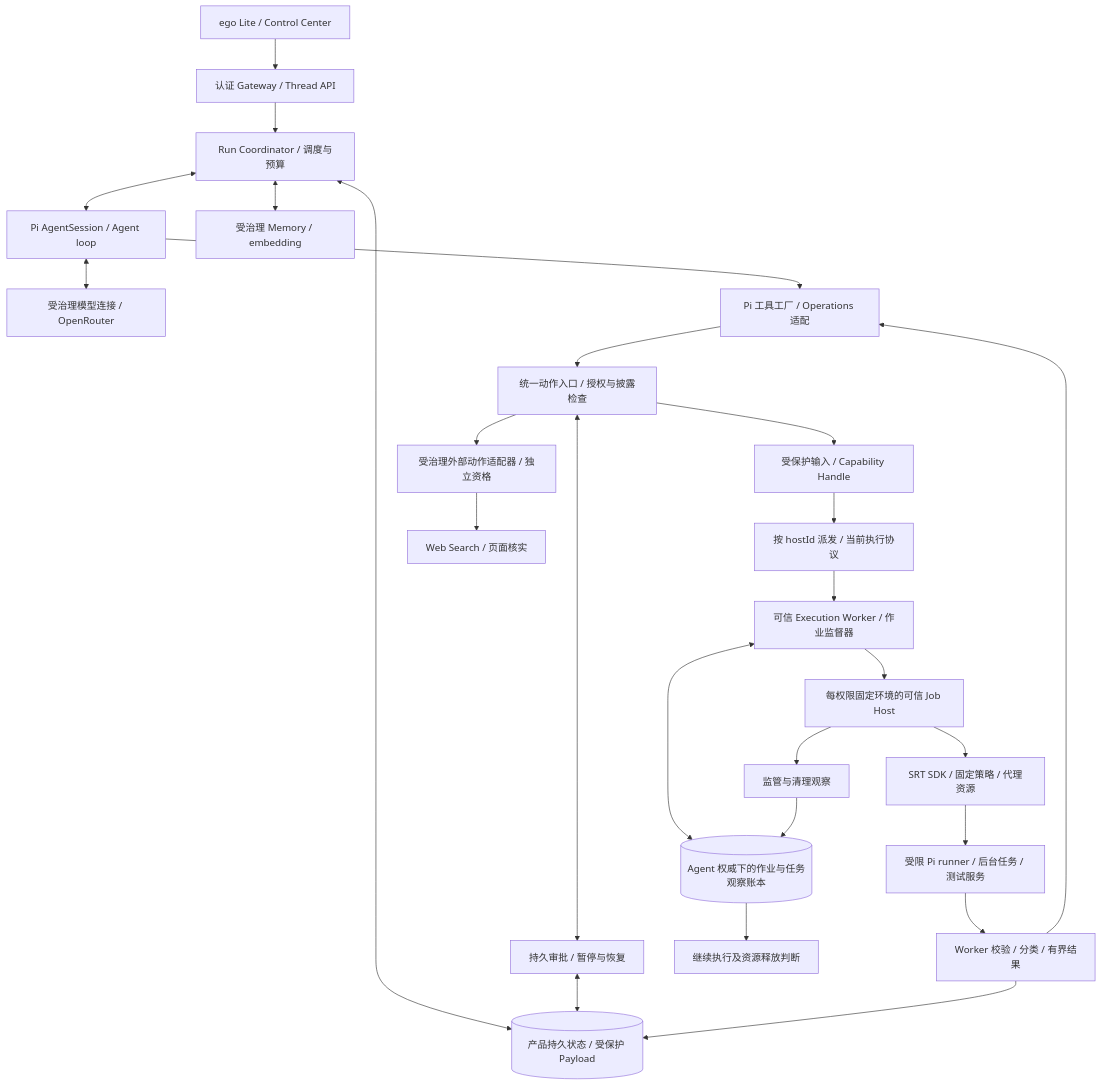
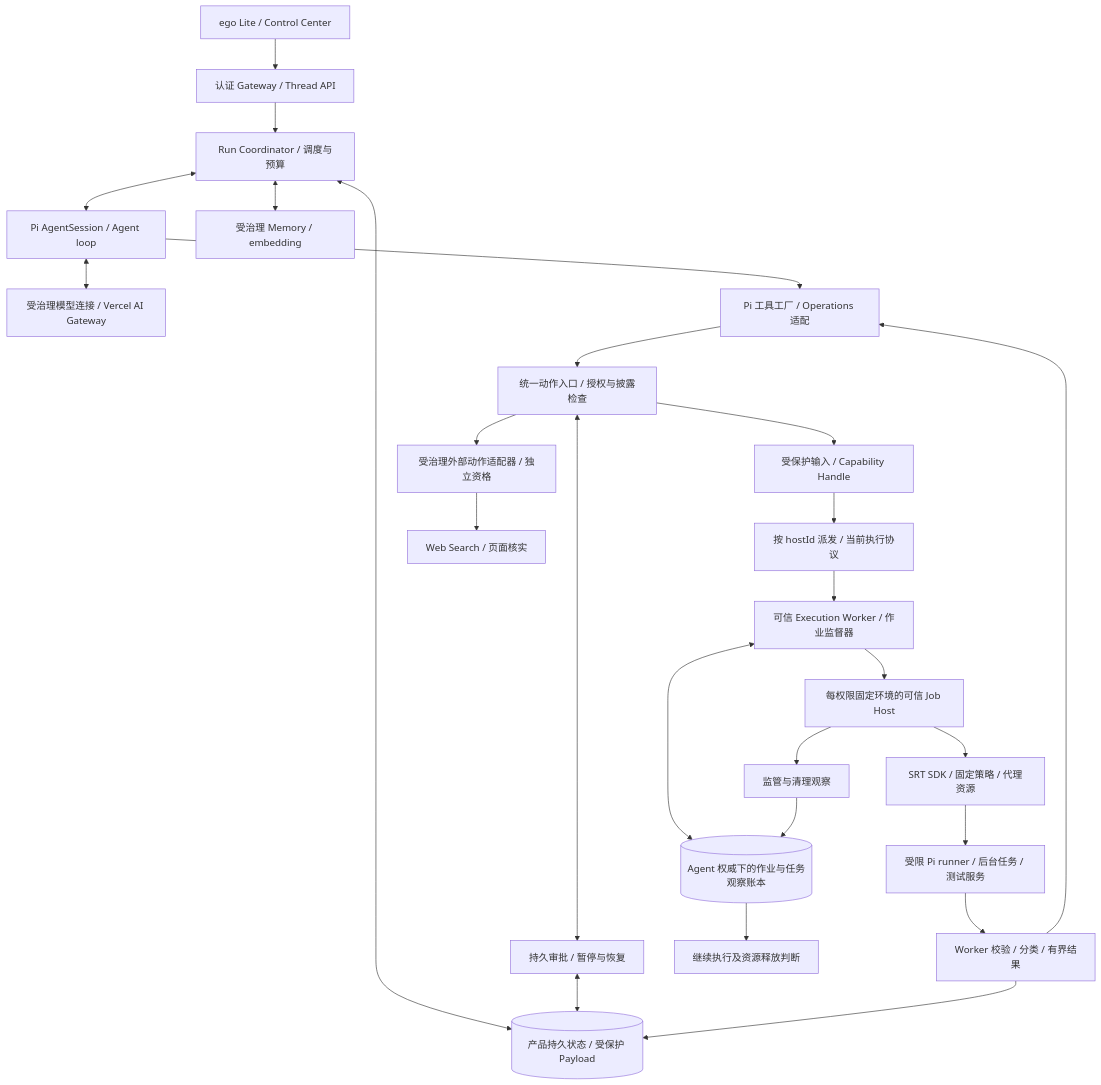
One commit to sixianli/himawari-agent changed the first of 3 diagrams in docs/execution/specs/2026-09-07-srt-unified-execution-design.md. Above: the diagram before and after it, drawn with Mermaid. The commit also changed other lines of this file and 81 other files, not shown here.

First line of the commit message:
feat(models): migrate to Vercel gateway and upgrade Mem0

````diff
--- a/docs/execution/specs/2026-09-07-srt-unified-execution-design.md
+++ b/docs/execution/specs/2026-09-07-srt-unified-execution-design.md
@@ -105,28 +105,28 @@
 ```mermaid
 flowchart TB
     UI[ego Lite / Control Center] --> GW[认证 Gateway / Thread API]
     GW --> RC[Run Coordinator / 调度与预算]
     RC <--> DB[(产品持久状态 / 受保护 Payload)]
     RC <--> PI[Pi AgentSession / Agent loop]
-    PI <--> MODEL[受治理模型连接 / OpenRouter]
+    PI <--> MODEL[受治理模型连接 / Vercel AI Gateway]
     PI --> TOOLS[Pi 工具工厂 / Operations 适配]
     TOOLS --> ADMIT[统一动作入口 / 授权与披露检查]
     ADMIT <--> HITL[持久审批 / 暂停与恢复]
     HITL <--> DB
     ADMIT --> INPUT[受保护输入 / Capability Handle]
     INPUT --> ROUTE[按 hostId 派发 / 当前执行协议]
     ROUTE --> WORKER[可信 Execution Worker / 作业监督器]
     WORKER <--> JOURNAL[(Agent 权威下的作业与任务观察账本)]
     WORKER --> JOB[每权限固定环境的可信 Job Host]
     JOB --> SRT[SRT SDK / 固定策略 / 代理资源]
     SRT --> CHILD[受限 Pi runner / 后台任务 / 测试服务]
     CHILD --> OUTPUT[Worker 校验 / 分类 / 有界结果]
     JOB --> OBS[监管与清理观察]
     OBS --> JOURNAL
     JOURNAL --> GATE[继续执行及资源释放判断]
     OUTPUT --> DB
     OUTPUT --> TOOLS
     ADMIT --> EXT[受治理外部动作适配器 / 独立资格]
     EXT --> REMOTE[Web Search / 页面核实]
     RC <--> MEM[受治理 Memory / embedding]
 ```
````
